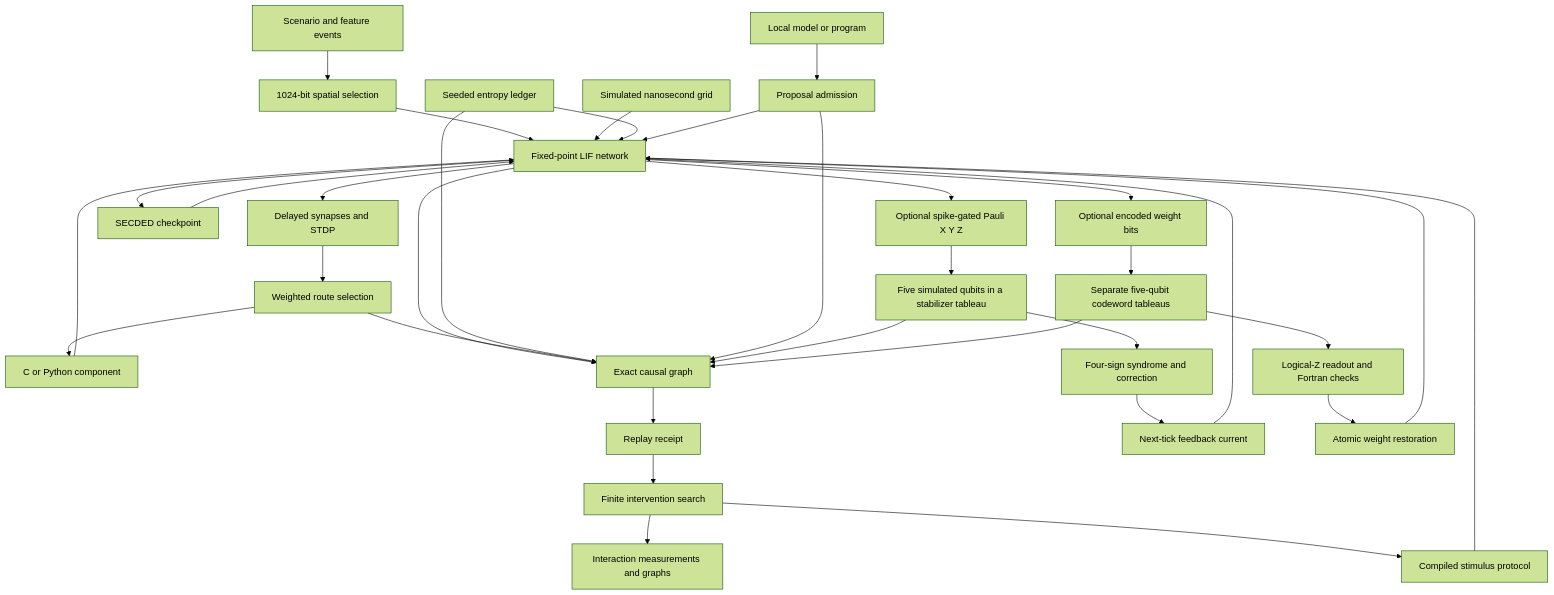
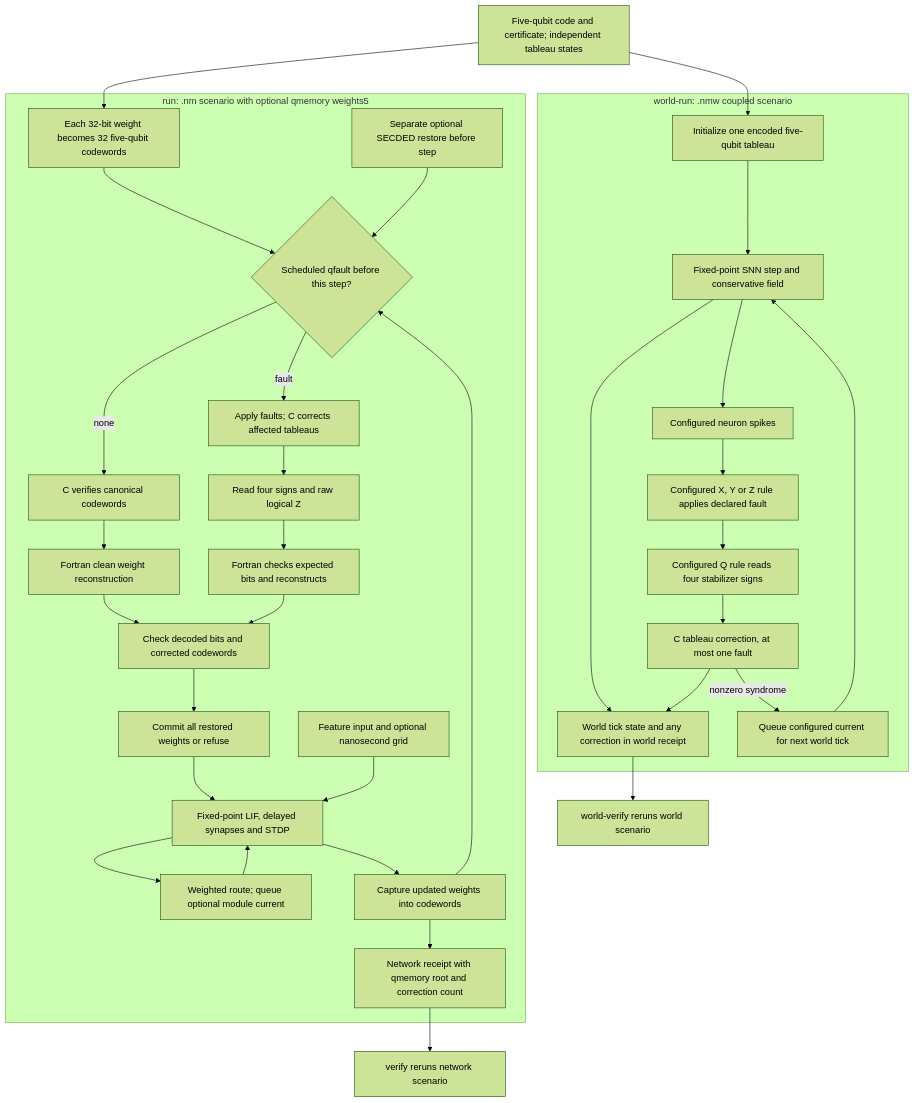
Before and after one commit to fireside25a-beep/Primitive-Quantum-Closed-Routine-SNN: the diagram in README.md, drawn with Mermaid (forest theme). The commit also changed other lines of this file, not shown here.

````diff
--- a/README.md
+++ b/README.md
@@ -13,36 +13,37 @@
 ```mermaid
-flowchart TD
-  A["Scenario and feature events"] --> B["1024-bit spatial selection"]
-  B --> C["Fixed-point LIF network"]
-  C --> D["Delayed synapses and STDP"]
-  D --> E["Weighted route selection"]
-  E --> J["C or Python component"]
-  J --> C
-  T["Simulated nanosecond grid"] --> C
-  C --> F["Exact causal graph"]
-  E --> F
-  F --> G["Replay receipt"]
-  H["Seeded entropy ledger"] --> C
-  H --> F
-  I["Local model or program"] --> K["Proposal admission"]
-  K --> C
-  K --> F
-  L["SECDED checkpoint"] --> C
-  C --> L
-  C --> P["Optional spike-gated Pauli X Y Z"]
-  P --> Q["Five simulated qubits in a stabilizer tableau"]
-  Q --> R["Four-sign syndrome and correction"]
-  R --> S["Next-tick feedback current"]
-  S --> C
-  C --> W["Optional encoded weight bits"]
-  W --> V["Separate five-qubit codeword tableaus"]
-  V --> X["Logical-Z readout and Fortran checks"]
-  X --> Y["Atomic weight restoration"]
-  Y --> C
-  Q --> F
-  V --> F
-  G --> M["Finite intervention search"]
-  M --> N["Interaction measurements and graphs"]
-  M --> O["Compiled stimulus protocol"]
-  O --> C
+flowchart TB
+  Cert["Five-qubit code and certificate; independent tableau states"] --> WInit
+  Cert --> MInit
+  subgraph World["world-run: .nmw coupled scenario"]
+    WInit["Initialize one encoded five-qubit tableau"] --> WStep["Fixed-point SNN step and conservative field"]
+    WStep --> WReceipt["World tick state and any correction in world receipt"]
+    WStep --> WSpike["Configured neuron spikes"]
+    WSpike --> WFault["Configured X, Y or Z rule applies declared fault"]
+    WFault --> WRead["Configured Q rule reads four stabilizer signs"]
+    WRead --> WCorrect["C tableau correction, at most one fault"]
+    WCorrect -->|nonzero syndrome| WFeedback["Queue configured current for next world tick"]
+    WFeedback --> WStep
+    WCorrect --> WReceipt
+  end
+  subgraph Memory["run: .nm scenario with optional qmemory weights5"]
+    MInit["Each 32-bit weight becomes 32 five-qubit codewords"] --> MRestore{"Scheduled qfault before this step?"}
+    MRestore -->|none| MClean["C verifies canonical codewords"]
+    MClean --> MFortranClean["Fortran clean weight reconstruction"]
+    MRestore -->|fault| MFault["Apply faults; C corrects affected tableaus"]
+    MFault --> MRead["Read four signs and raw logical Z"]
+    MRead --> MFortranFault["Fortran checks expected bits and reconstructs"]
+    MFortranClean --> MCheck["Check decoded bits and corrected codewords"]
+    MFortranFault --> MCheck
+    MCheck --> MCommit["Commit all restored weights or refuse"]
+    MCommit --> MStep["Fixed-point LIF, delayed synapses and STDP"]
+    MStep --> MRoute["Weighted route; queue optional module current"]
+    MRoute --> MStep
+    MStep --> MCapture["Capture updated weights into codewords"]
+    MCapture --> MRestore
+    MCapture --> MReceipt["Network receipt with qmemory root and correction count"]
+    MInput["Feature input and optional nanosecond grid"] --> MStep
+    MEcc["Separate optional SECDED restore before step"] --> MRestore
+  end
+  WReceipt --> WVerify["world-verify reruns world scenario"]
+  MReceipt --> MVerify["verify reruns network scenario"]
 ```
````
